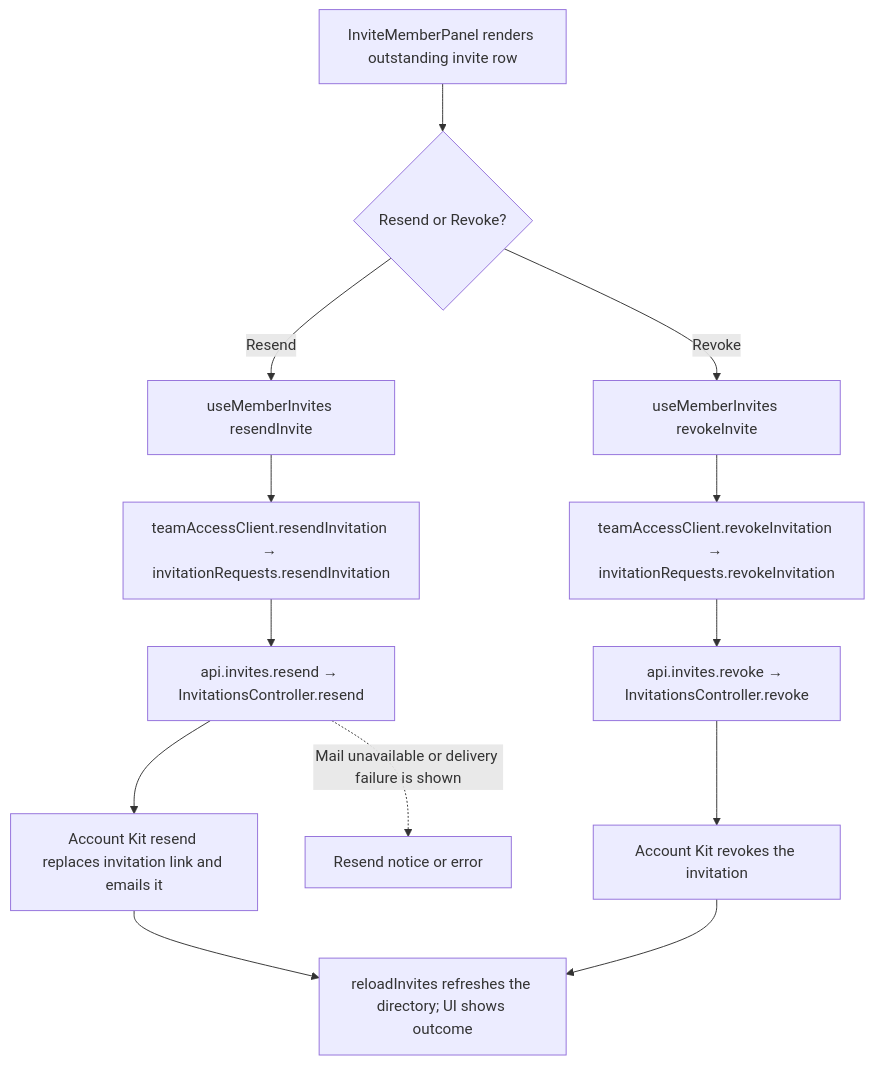
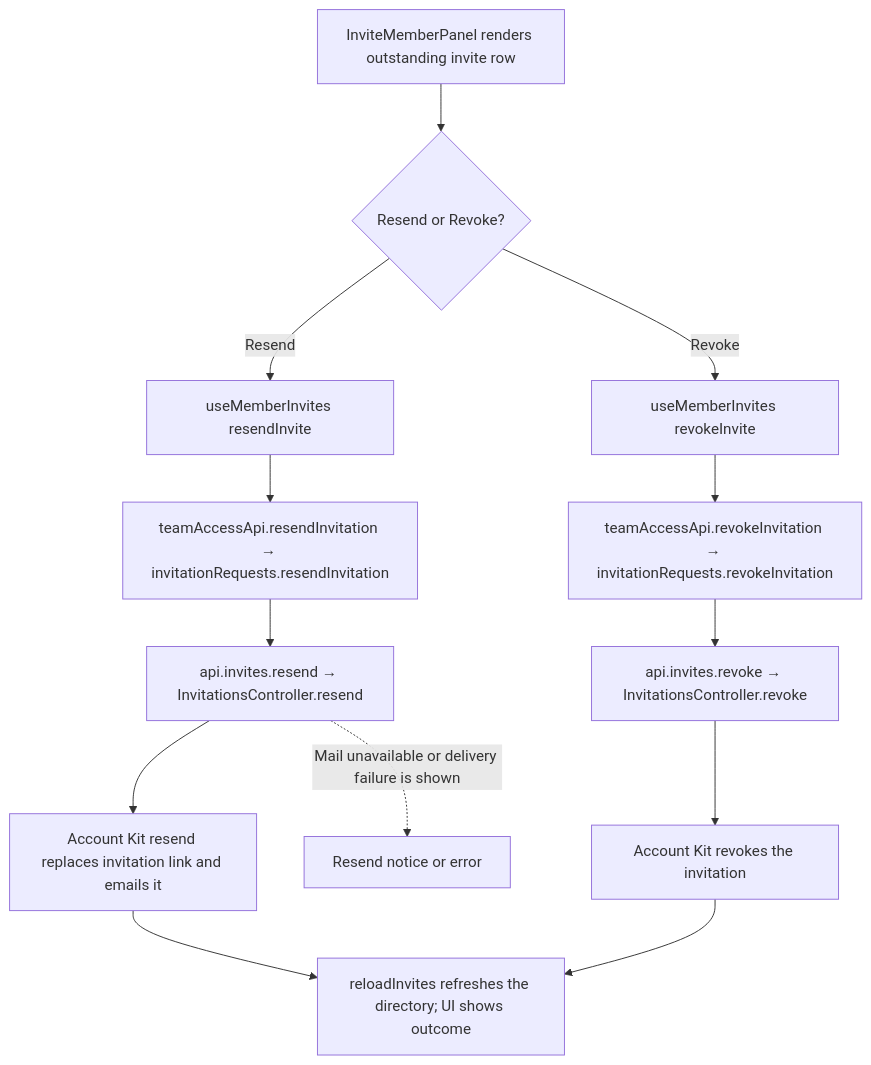
One commit to Kevinjohn/capacitylens changed the second of 2 diagrams in user-stories/team/US-TEAM-03-manage-invitation.md. Above: the diagram before and after it, drawn with Mermaid. The commit also changed other lines of this file and 79 other files, not shown here.

First line of the commit message:
Client to Api: rename the typed HTTP modules

````diff
--- a/user-stories/team/US-TEAM-03-manage-invitation.md
+++ b/user-stories/team/US-TEAM-03-manage-invitation.md
@@ -32,15 +32,15 @@
 ```mermaid
 flowchart TD
     Row["InviteMemberPanel renders outstanding invite row"] --> Action{"Resend or Revoke?"}
     Action -->|"Resend"| ResendHook["useMemberInvites resendInvite"]
-    ResendHook --> ResendClient["teamAccessClient.resendInvitation → invitationRequests.resendInvitation"]
+    ResendHook --> ResendClient["teamAccessApi.resendInvitation → invitationRequests.resendInvitation"]
     ResendClient --> ResendRoute["api.invites.resend → InvitationsController.resend"]
     ResendRoute --> KitResend["Account Kit resend replaces invitation link and emails it"]
     KitResend --> Reload["reloadInvites refreshes the directory; UI shows outcome"]
     Action -->|"Revoke"| RevokeHook["useMemberInvites revokeInvite"]
-    RevokeHook --> RevokeClient["teamAccessClient.revokeInvitation → invitationRequests.revokeInvitation"]
+    RevokeHook --> RevokeClient["teamAccessApi.revokeInvitation → invitationRequests.revokeInvitation"]
     RevokeClient --> RevokeRoute["api.invites.revoke → InvitationsController.revoke"]
     RevokeRoute --> KitRevoke["Account Kit revokes the invitation"]
     KitRevoke --> Reload
     ResendRoute -. "Mail unavailable or delivery failure is shown" .-> Error["Resend notice or error"]
 ```
````
